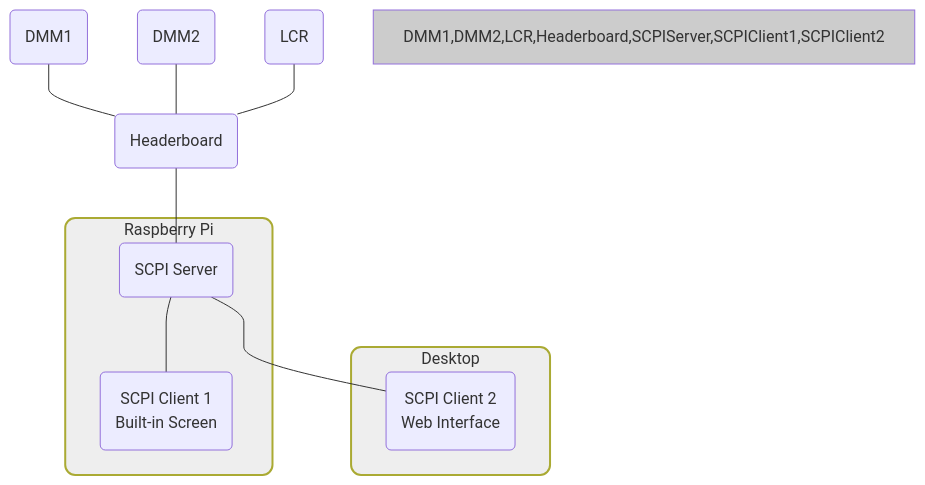
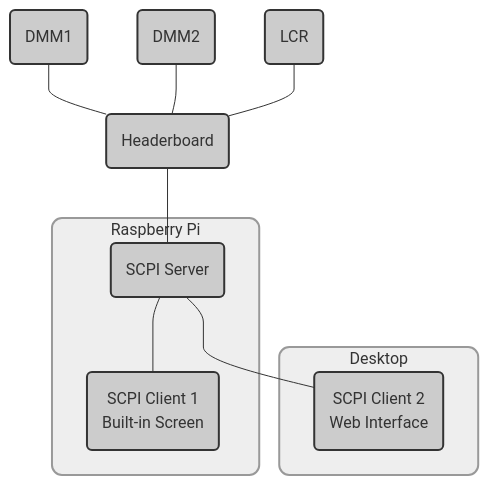
The diagram in README.md (Christopher-Tan/SCPIProject), drawn with Mermaid before and after one commit.

````diff
--- a/README.md
+++ b/README.md
@@ -5,27 +5,32 @@
 ```mermaid
 %%{ init: { "flowchart": { "curve": "monotoneY" } } }%%
 graph TB
+    %% Style definitions for the subgraphs (light grey background, rounded corners)
+    style Server fill:#eeeeee,stroke:#999,stroke-width:2px,rx:10,ry:10
+    style Client fill:#eeeeee,stroke:#999,stroke-width:2px,rx:10,ry:10
+
+    %% Define a class for grey nodes
+    classDef greyNode fill:#cccccc,stroke:#333,stroke-width:2px
+
     DMM1(DMM1)
     DMM2(DMM2)
     LCR(LCR)
     Headerboard(Headerboard)
     DMM1 & DMM2 & LCR --- Headerboard
 
     subgraph Server[Raspberry Pi]
         SCPIServer(SCPI Server)
         SCPIClient1(SCPI Client 1<br>Built-in Screen)
     end
 
     subgraph Client[Desktop]
         SCPIClient2(SCPI Client 2<br>Web Interface)
     end
 
     SCPIServer --- SCPIClient1
     SCPIServer --- SCPIClient2
     Headerboard --- SCPIServer
 
-    %% Styling Directives %%
-    style DMM1,DMM2,LCR,Headerboard,SCPIServer,SCPIClient1,SCPIClient2 fill:#cccccc
-    style Server fill:#eeeeee,stroke-width:2px,rx:10,ry:10
-    style Client fill:#eeeeee,stroke-width:2px,rx:10,ry:10
+    %% Apply the grey node class to all nodes
+    class DMM1,DMM2,LCR,Headerboard,SCPIServer,SCPIClient1,SCPIClient2 greyNode
 ```
````
